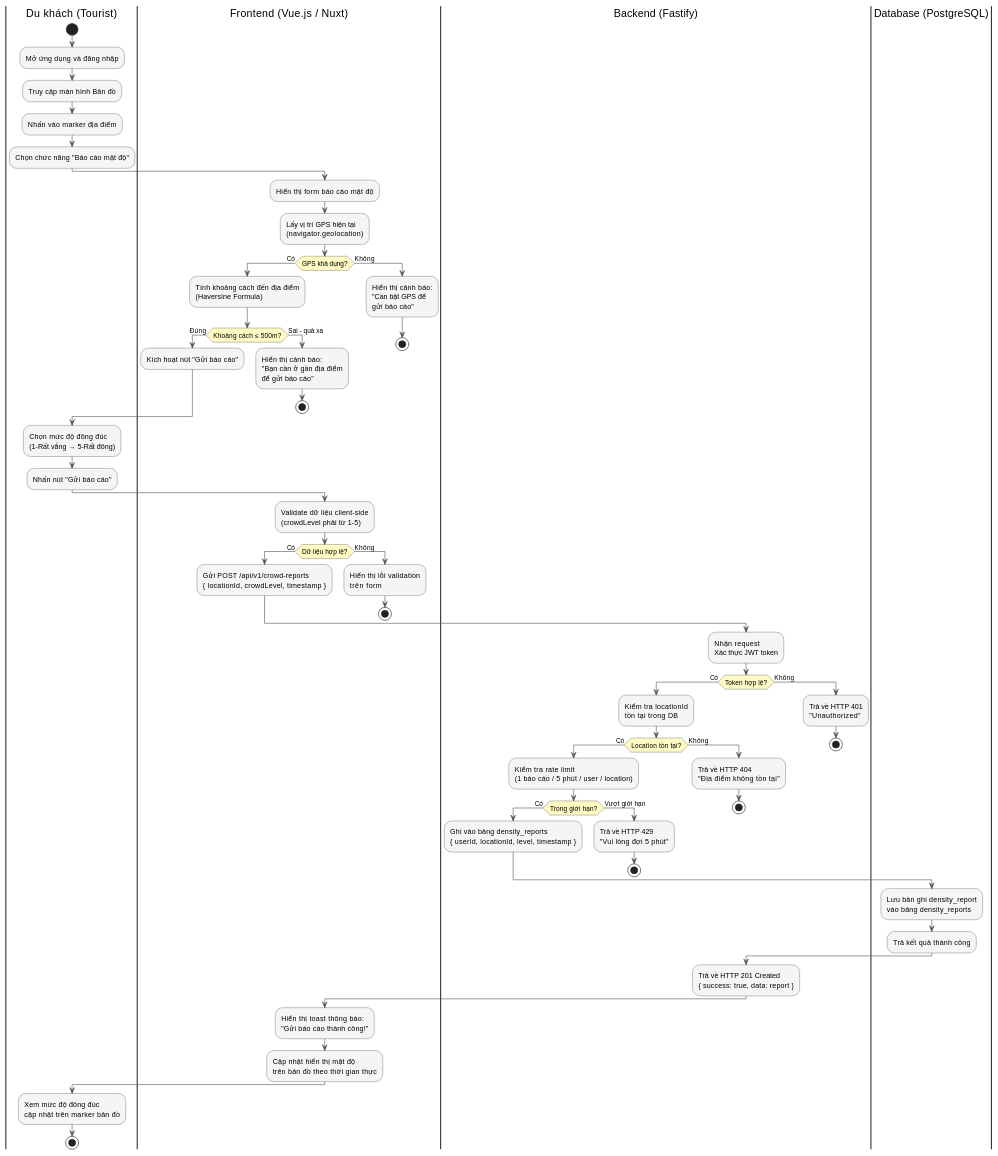
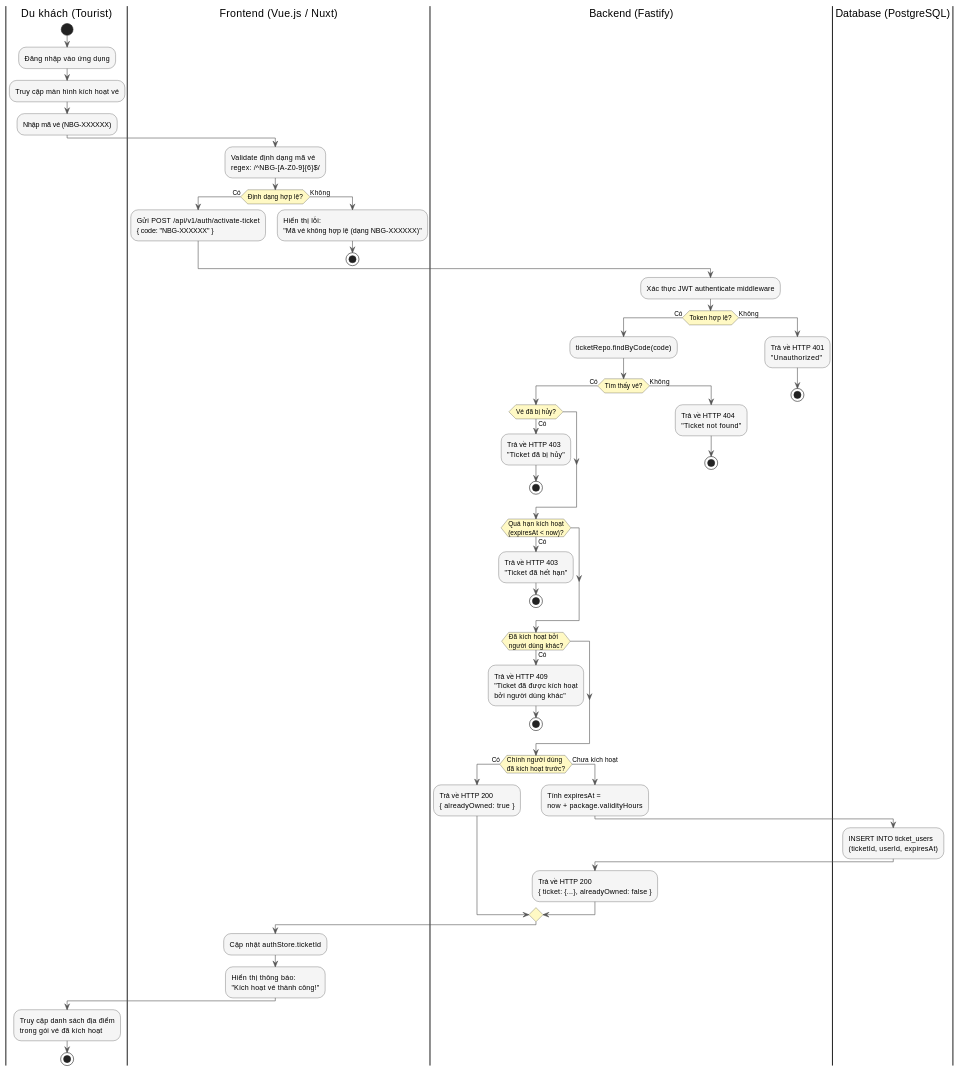
Before and after one commit to TungNguyen2k3/ninh_binh_guide: the third of 5 diagrams in docs/CHUONG_2_THIET_KE.md, drawn with PlantUML. The commit also changed other lines of this file, not shown here.

````diff
--- a/docs/CHUONG_2_THIET_KE.md
+++ b/docs/CHUONG_2_THIET_KE.md
@@ -312,82 +343,69 @@
 ```plantuml
-@startuml Activity_CrowdReport
+@startuml Activity_ActivateTicket
 skinparam ActivityBorderColor #333333
 skinparam ActivityBackgroundColor #F5F5F5
 skinparam ActivityDiamondBackgroundColor #FFF9C4
 skinparam ArrowColor #555555
 
 |Du khách (Tourist)|
 start
-:Mở ứng dụng và đăng nhập;
-:Truy cập màn hình Bản đồ;
-:Nhấn vào marker địa điểm;
-:Chọn chức năng "Báo cáo mật độ";
+:Đăng nhập vào ứng dụng;
+:Truy cập màn hình kích hoạt vé;
+:Nhập mã vé (NBG-XXXXXX);
 
 |Frontend (Vue.js / Nuxt)|
-:Hiển thị form báo cáo mật độ;
-:Lấy vị trí GPS hiện tại\n(navigator.geolocation);
-
-if (GPS khả dụng?) then (Có)
-  :Tính khoảng cách đến địa điểm\n(Haversine Formula);
-  if (Khoảng cách ≤ 500m?) then (Đúng)
-    :Kích hoạt nút "Gửi báo cáo";
-  else (Sai - quá xa)
-    :Hiển thị cảnh báo:\n"Bạn cần ở gần địa điểm\nđể gửi báo cáo";
-    stop
-  endif
+:Validate định dạng mã vé\nregex: /^NBG-[A-Z0-9]{6}$/;
+if (Định dạng hợp lệ?) then (Có)
+  :Gửi POST /api/v1/auth/activate-ticket\n{ code: "NBG-XXXXXX" };
 else (Không)
-  :Hiển thị cảnh báo:\n"Cần bật GPS để\ngửi báo cáo";
-  stop
-endif
-
-|Du khách (Tourist)|
-:Chọn mức độ đông đúc\n(1-Rất vắng → 5-Rất đông);
-:Nhấn nút "Gửi báo cáo";
-
-|Frontend (Vue.js / Nuxt)|
-:Validate dữ liệu client-side\n(crowdLevel phải từ 1-5);
-if (Dữ liệu hợp lệ?) then (Có)
-  :Gửi POST /api/v1/crowd-reports\n{ locationId, crowdLevel, timestamp };
-else (Không)
-  :Hiển thị lỗi validation\ntrên form;
+  :Hiển thị lỗi:\n"Mã vé không hợp lệ (dạng NBG-XXXXXX)";
   stop
 endif
 
 |Backend (Fastify)|
-:Nhận request\nXác thực JWT token;
+:Xác thực JWT authenticate middleware;
 if (Token hợp lệ?) then (Có)
-  :Kiểm tra locationId\ntồn tại trong DB;
-  if (Location tồn tại?) then (Có)
-    :Kiểm tra rate limit\n(1 báo cáo / 5 phút / user / location);
-    if (Trong giới hạn?) then (Có)
-      :Ghi vào bảng density_reports\n{ userId, locationId, level, timestamp };
-    else (Vượt giới hạn)
-      :Trả về HTTP 429\n"Vui lòng đợi 5 phút";
+  :ticketRepo.findByCode(code);
+  if (Tìm thấy vé?) then (Có)
+    if (Vé đã bị hủy?) then (Có)
+      :Trả về HTTP 403\n"Ticket đã bị hủy";
       stop
     endif
+    if (Quá hạn kích hoạt\n(expiresAt < now)?) then (Có)
+      :Trả về HTTP 403\n"Ticket đã hết hạn";
+      stop
+    endif
+    if (Đã kích hoạt bởi\nngười dùng khác?) then (Có)
+      :Trả về HTTP 409\n"Ticket đã được kích hoạt\nbởi người dùng khác";
+      stop
+    endif
+    if (Chính người dùng\nđã kích hoạt trước?) then (Có)
+      :Trả về HTTP 200\n{ alreadyOwned: true };
+    else (Chưa kích hoạt)
+      :Tính expiresAt =\nnow + package.validityHours;
+
+      |Database (PostgreSQL)|
+      :INSERT INTO ticket_users\n(ticketId, userId, expiresAt);
+
+      |Backend (Fastify)|
+      :Trả về HTTP 200\n{ ticket: {...}, alreadyOwned: false };
+    endif
   else (Không)
-    :Trả về HTTP 404\n"Địa điểm không tồn tại";
+    :Trả về HTTP 404\n"Ticket not found";
     stop
   endif
 else (Không)
   :Trả về HTTP 401\n"Unauthorized";
   stop
 endif
 
-|Database (PostgreSQL)|
-:Lưu bản ghi density_report\nvào bảng density_reports;
-:Trả kết quả thành công;
-
-|Backend (Fastify)|
-:Trả về HTTP 201 Created\n{ success: true, data: report };
-
 |Frontend (Vue.js / Nuxt)|
-:Hiển thị toast thông báo:\n"Gửi báo cáo thành công!";
-:Cập nhật hiển thị mật độ\ntrên bản đồ theo thời gian thực;
+:Cập nhật authStore.ticketId;
+:Hiển thị thông báo:\n"Kích hoạt vé thành công!";
 
 |Du khách (Tourist)|
-:Xem mức độ đông đúc\ncập nhật trên marker bản đồ;
+:Truy cập danh sách địa điểm\ntrong gói vé đã kích hoạt;
 stop
 
 @enduml
 ```
````
